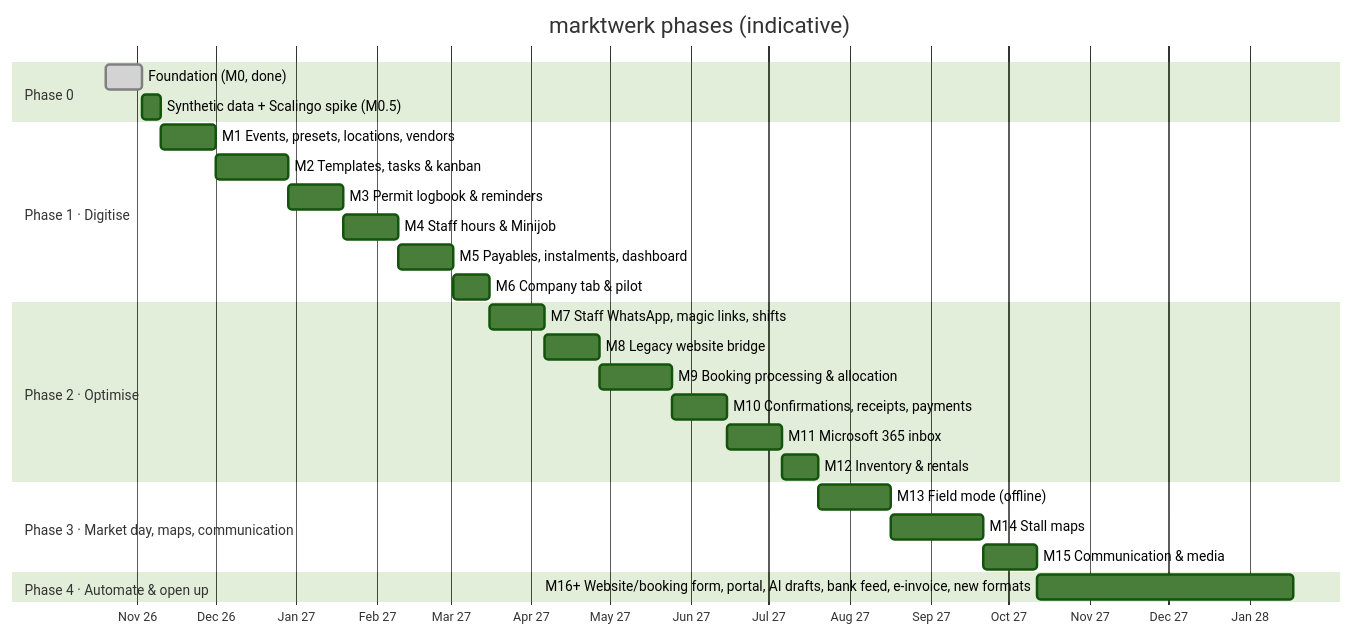
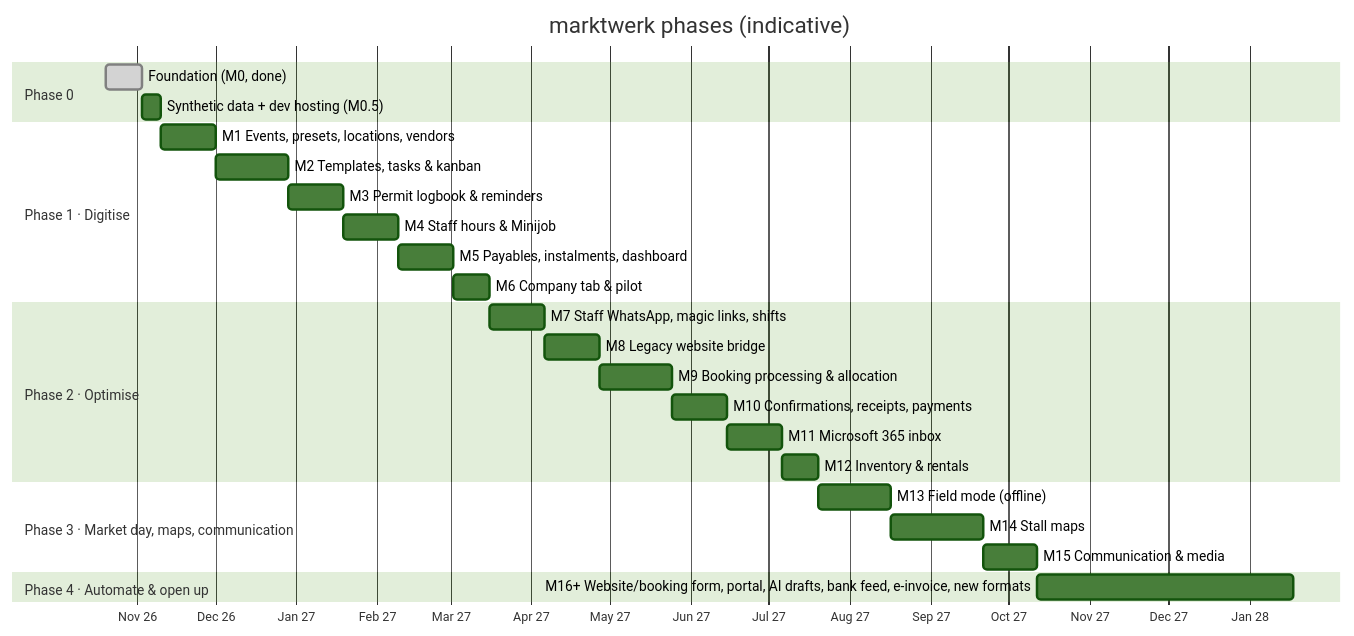
Before and after one commit to coelln-konzept/marktwerk: the diagram in docs/product/roadmap.md, drawn with Mermaid (forest theme). The commit also changed other lines of this file and 15 other files, not shown here.

First line of the commit message:
feat(db): tables in an `app` Postgres schema; free-tier dev hosting

````diff
--- a/docs/product/roadmap.md
+++ b/docs/product/roadmap.md
@@ -14,29 +14,29 @@
 ```mermaid
 gantt
     title marktwerk phases (indicative)
     dateFormat  YYYY-MM-DD
     axisFormat  %b %y
     section Phase 0
     Foundation (M0, done)                    :done, p0, 2026-10-20, 2w
-    Synthetic data + Scalingo spike (M0.5)   :m05, after p0, 1w
+    Synthetic data + dev hosting (M0.5)      :m05, after p0, 1w
     section Phase 1 · Digitise
     M1 Events, presets, locations, vendors   :m1, after m05, 3w
     M2 Templates, tasks & kanban             :m2, after m1, 4w
     M3 Permit logbook & reminders            :m3, after m2, 3w
     M4 Staff hours & Minijob                 :m4, after m3, 3w
     M5 Payables, instalments, dashboard      :m5, after m4, 3w
     M6 Company tab & pilot                   :m6, after m5, 2w
     section Phase 2 · Optimise
     M7 Staff WhatsApp, magic links, shifts   :m7, after m6, 3w
     M8 Legacy website bridge                 :m8, after m7, 3w
     M9 Booking processing & allocation       :m9, after m8, 4w
     M10 Confirmations, receipts, payments    :m10, after m9, 3w
     M11 Microsoft 365 inbox                  :m11, after m10, 3w
     M12 Inventory & rentals                  :m12, after m11, 2w
     section Phase 3 · Market day, maps, communication
     M13 Field mode (offline)                 :m13, after m12, 4w
     M14 Stall maps                           :m14, after m13, 5w
     M15 Communication & media                :m15, after m14, 3w
     section Phase 4 · Automate & open up
     M16+ Website/booking form, portal, AI drafts, bank feed, e-invoice, new formats :m16, after m15, 14w
 ```
````
